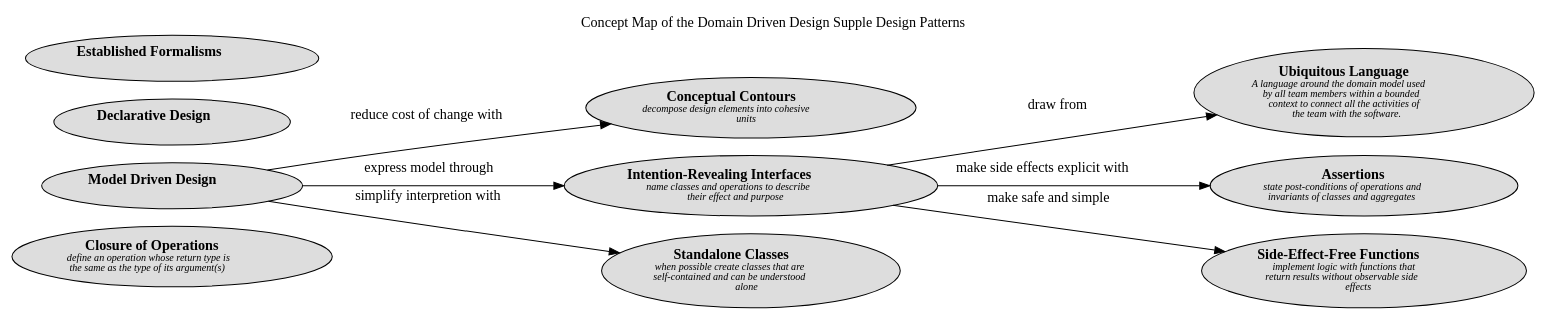
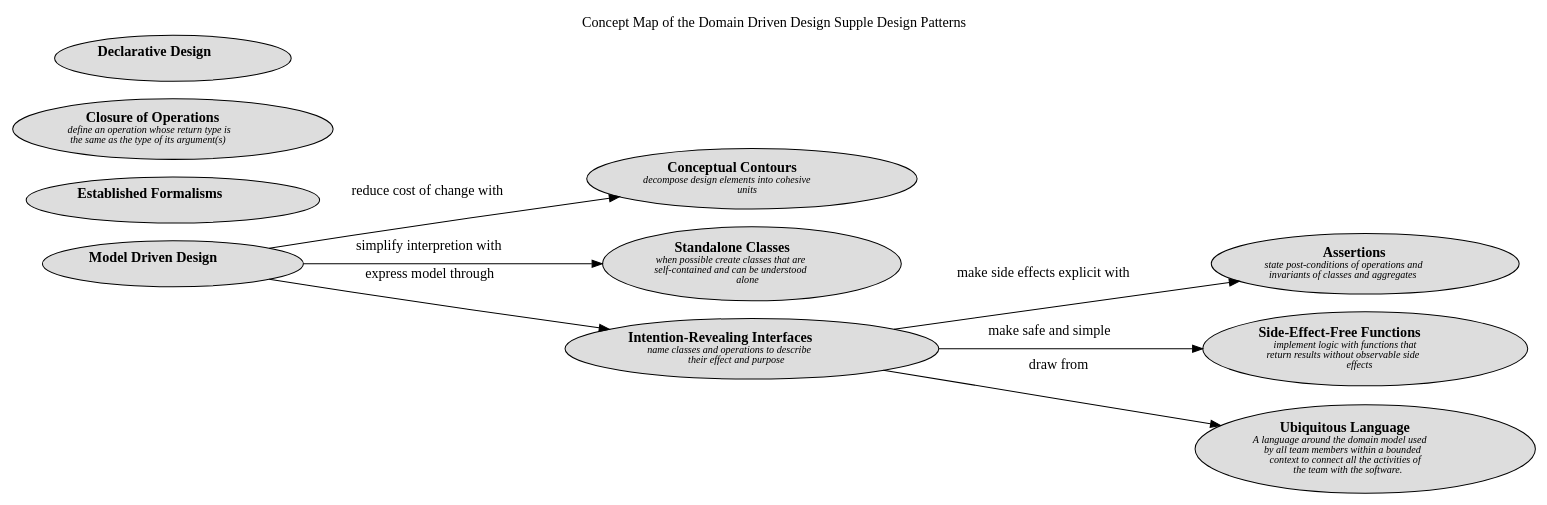
One commit to lsolbach/overarch-models changed the diagram in docs/software-development/domain-driven-design/supple-design/concept-view.dot. Above: the diagram before and after it, drawn with Graphviz. The commit also changed other lines of this file and 88 other files, not shown here.

```diff
--- a/docs/software-development/domain-driven-design/supple-design/concept-view.dot
+++ b/docs/software-development/domain-driven-design/supple-design/concept-view.dot
@@ -1,27 +1,27 @@
 digraph "Concept Map of the Domain Driven Design Supple Design Patterns" {
   labelloc= "t"
   label="Concept Map of the Domain Driven Design Supple Design Patterns"
   rankdir="LR"
 
   layout=dot
+software_development_domain_driven_design_supple_design__assertions [shape=ellipse style=filled fillcolor="#dddddd" label=<<B>Assertions</B><BR/><FONT POINT-SIZE="10"><I>state post-conditions of operations and<BR/>invariants of classes and aggregates </I></FONT>>]
+software_development_domain_driven_design_supple_design__conceptual_contours [shape=ellipse style=filled fillcolor="#dddddd" label=<<B>Conceptual Contours</B><BR/><FONT POINT-SIZE="10"><I>decompose design elements into cohesive<BR/>units </I></FONT>>]
+software_development_domain_driven_design_supple_design__side_effect_free_functions [shape=ellipse style=filled fillcolor="#dddddd" label=<<B>Side-Effect-Free Functions</B><BR/><FONT POINT-SIZE="10"><I>implement logic with functions that<BR/>return results without observable side<BR/>effects </I></FONT>>]
+software_development_domain_driven_design_modelling__c_ubiquitous_language [shape=ellipse style=filled fillcolor="#dddddd" label=<<B>Ubiquitous Language</B><BR/><FONT POINT-SIZE="10"><I>A language around the domain model used<BR/>by all team members within a bounded<BR/>context to connect all the activities of<BR/>the team with the software. </I></FONT>>]
+software_development_domain_driven_design_supple_design__standalone_classes [shape=ellipse style=filled fillcolor="#dddddd" label=<<B>Standalone Classes</B><BR/><FONT POINT-SIZE="10"><I>when possible create classes that are<BR/>self-contained and can be understood<BR/>alone </I></FONT>>]
+software_development_domain_driven_design_supple_design__established_formalisms [shape=ellipse style=filled fillcolor="#dddddd" label=<<B>Established Formalisms</B><BR/><FONT POINT-SIZE="10"><I> </I></FONT>>]
+software_development_domain_driven_design_supple_design__intention_revealing_interfaces [shape=ellipse style=filled fillcolor="#dddddd" label=<<B>Intention-Revealing Interfaces</B><BR/><FONT POINT-SIZE="10"><I>name classes and operations to describe<BR/>their effect and purpose </I></FONT>>]
 software_development_domain_driven_design_supple_design__closure_of_operations [shape=ellipse style=filled fillcolor="#dddddd" label=<<B>Closure of Operations</B><BR/><FONT POINT-SIZE="10"><I>define an operation whose return type is<BR/>the same as the type of its argument(s) </I></FONT>>]
-software_development_domain_driven_design_supple_design__conceptual_contours [shape=ellipse style=filled fillcolor="#dddddd" label=<<B>Conceptual Contours</B><BR/><FONT POINT-SIZE="10"><I>decompose design elements into cohesive<BR/>units </I></FONT>>]
+software_development_domain_driven_design_modelling__c_model_driven_design [shape=ellipse style=filled fillcolor="#dddddd" label=<<B>Model Driven Design</B><BR/><FONT POINT-SIZE="10"><I> </I></FONT>>]
 software_development_domain_driven_design_supple_design__declarative_design [shape=ellipse style=filled fillcolor="#dddddd" label=<<B>Declarative Design</B><BR/><FONT POINT-SIZE="10"><I> </I></FONT>>]
-software_development_domain_driven_design_modelling__c_model_driven_design [shape=ellipse style=filled fillcolor="#dddddd" label=<<B>Model Driven Design</B><BR/><FONT POINT-SIZE="10"><I> </I></FONT>>]
-software_development_domain_driven_design_supple_design__intention_revealing_interfaces [shape=ellipse style=filled fillcolor="#dddddd" label=<<B>Intention-Revealing Interfaces</B><BR/><FONT POINT-SIZE="10"><I>name classes and operations to describe<BR/>their effect and purpose </I></FONT>>]
-software_development_domain_driven_design_modelling__c_ubiquitous_language [shape=ellipse style=filled fillcolor="#dddddd" label=<<B>Ubiquitous Language</B><BR/><FONT POINT-SIZE="10"><I>A language around the domain model used<BR/>by all team members within a bounded<BR/>context to connect all the activities of<BR/>the team with the software. </I></FONT>>]
-software_development_domain_driven_design_supple_design__assertions [shape=ellipse style=filled fillcolor="#dddddd" label=<<B>Assertions</B><BR/><FONT POINT-SIZE="10"><I>state post-conditions of operations and<BR/>invariants of classes and aggregates </I></FONT>>]
-software_development_domain_driven_design_supple_design__established_formalisms [shape=ellipse style=filled fillcolor="#dddddd" label=<<B>Established Formalisms</B><BR/><FONT POINT-SIZE="10"><I> </I></FONT>>]
-software_development_domain_driven_design_supple_design__standalone_classes [shape=ellipse style=filled fillcolor="#dddddd" label=<<B>Standalone Classes</B><BR/><FONT POINT-SIZE="10"><I>when possible create classes that are<BR/>self-contained and can be understood<BR/>alone </I></FONT>>]
-software_development_domain_driven_design_supple_design__side_effect_free_functions [shape=ellipse style=filled fillcolor="#dddddd" label=<<B>Side-Effect-Free Functions</B><BR/><FONT POINT-SIZE="10"><I>implement logic with functions that<BR/>return results without observable side<BR/>effects </I></FONT>>]
  
 software_development_domain_driven_design_modelling__c_model_driven_design -> software_development_domain_driven_design_supple_design__standalone_classes [label=<simplify interpretion with<BR/><FONT POINT-SIZE="10"><I> </I></FONT>>]
 software_development_domain_driven_design_modelling__c_model_driven_design -> software_development_domain_driven_design_supple_design__intention_revealing_interfaces [label=<express model through<BR/><FONT POINT-SIZE="10"><I> </I></FONT>>]
 software_development_domain_driven_design_supple_design__intention_revealing_interfaces -> software_development_domain_driven_design_supple_design__assertions [label=<make side effects explicit with<BR/><FONT POINT-SIZE="10"><I> </I></FONT>>]
 software_development_domain_driven_design_supple_design__intention_revealing_interfaces -> software_development_domain_driven_design_supple_design__side_effect_free_functions [label=<make safe and simple<BR/><FONT POINT-SIZE="10"><I> </I></FONT>>]
 software_development_domain_driven_design_supple_design__intention_revealing_interfaces -> software_development_domain_driven_design_modelling__c_ubiquitous_language [label=<draw from<BR/><FONT POINT-SIZE="10"><I> </I></FONT>>]
 software_development_domain_driven_design_modelling__c_model_driven_design -> software_development_domain_driven_design_supple_design__conceptual_contours [label=<reduce cost of change with<BR/><FONT POINT-SIZE="10"><I> </I></FONT>>]
  
 }
 
 // (generated by Overarch with template views/view.dot.cmb)
```
